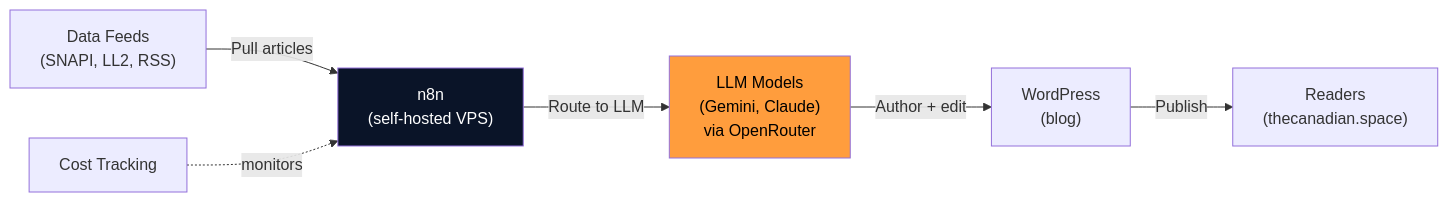
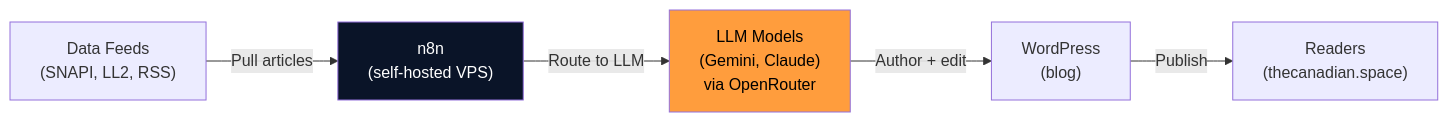
One commit to The-Canadian-Space/tcs-public-wiki changed the diagram in docs/technology/index.md. Above: the diagram before and after it, drawn with Mermaid. The commit also changed 18 other files, not shown here.

````diff
--- a/docs/technology/index.md
+++ b/docs/technology/index.md
@@ -25,10 +25,9 @@
 ```mermaid
 graph LR
     A["Data Feeds<br/>(SNAPI, LL2, RSS)"] -->|"Pull articles"| B["n8n<br/>(self-hosted VPS)"]
     B -->|"Route to LLM"| C["LLM Models<br/>(Gemini, Claude)<br/>via OpenRouter"]
     C -->|"Author + edit"| D["WordPress<br/>(blog)"]
     D -->|"Publish"| E["Readers<br/>(thecanadian.space)"]
-    F["Cost Tracking"] -.->|"monitors"| B
     style B fill:#0A1428,color:#fff
     style C fill:#FF9D3D,color:#000
 ```
````
